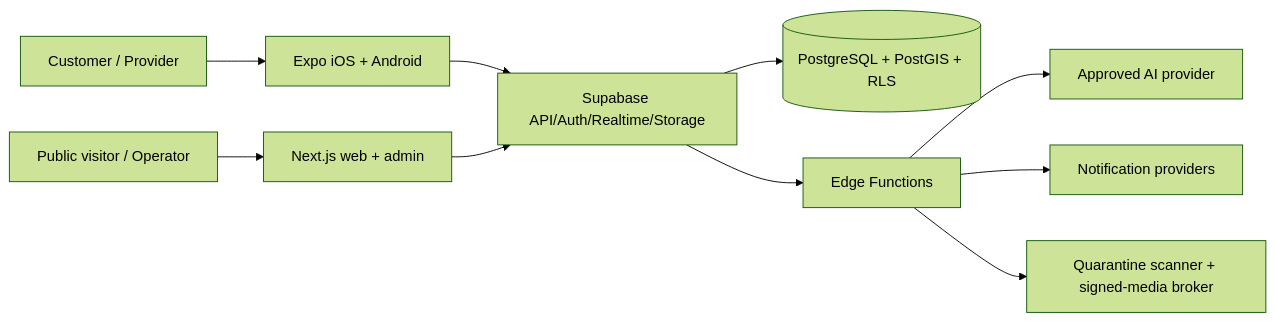
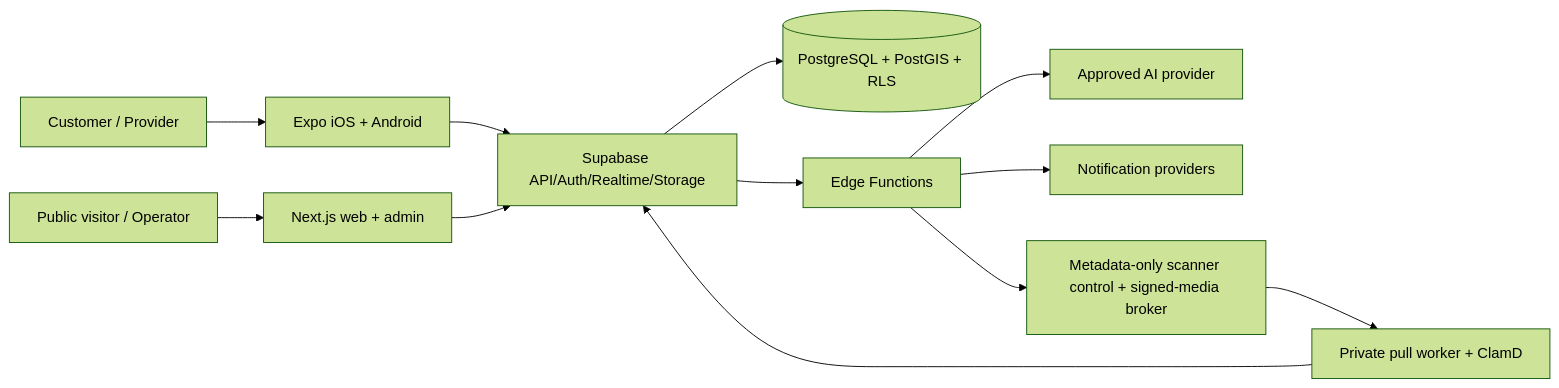
The first of 2 diagrams in docs/architecture/OVERVIEW.md (mohmammed0/Mohammed-Sallah-app), drawn with Mermaid (forest theme) before and after one commit. The commit also changed other lines of this file and 23 other files, not shown here.

Commit message:
docs(scanner): document closed-beta media safety

````diff
--- a/docs/architecture/OVERVIEW.md
+++ b/docs/architecture/OVERVIEW.md
@@ -5,12 +5,14 @@
 ```mermaid
 flowchart LR
   C["Customer / Provider"] --> M["Expo iOS + Android"]
   P["Public visitor / Operator"] --> W["Next.js web + admin"]
   M --> S["Supabase API/Auth/Realtime/Storage"]
   W --> S
   S --> D[("PostgreSQL + PostGIS + RLS")]
   S --> E["Edge Functions"]
   E --> A["Approved AI provider"]
   E --> N["Notification providers"]
-  E --> Q["Quarantine scanner + signed-media broker"]
+  E --> Q["Metadata-only scanner control + signed-media broker"]
+  Q --> R["Private pull worker + ClamD"]
+  R --> S
 ```
````
